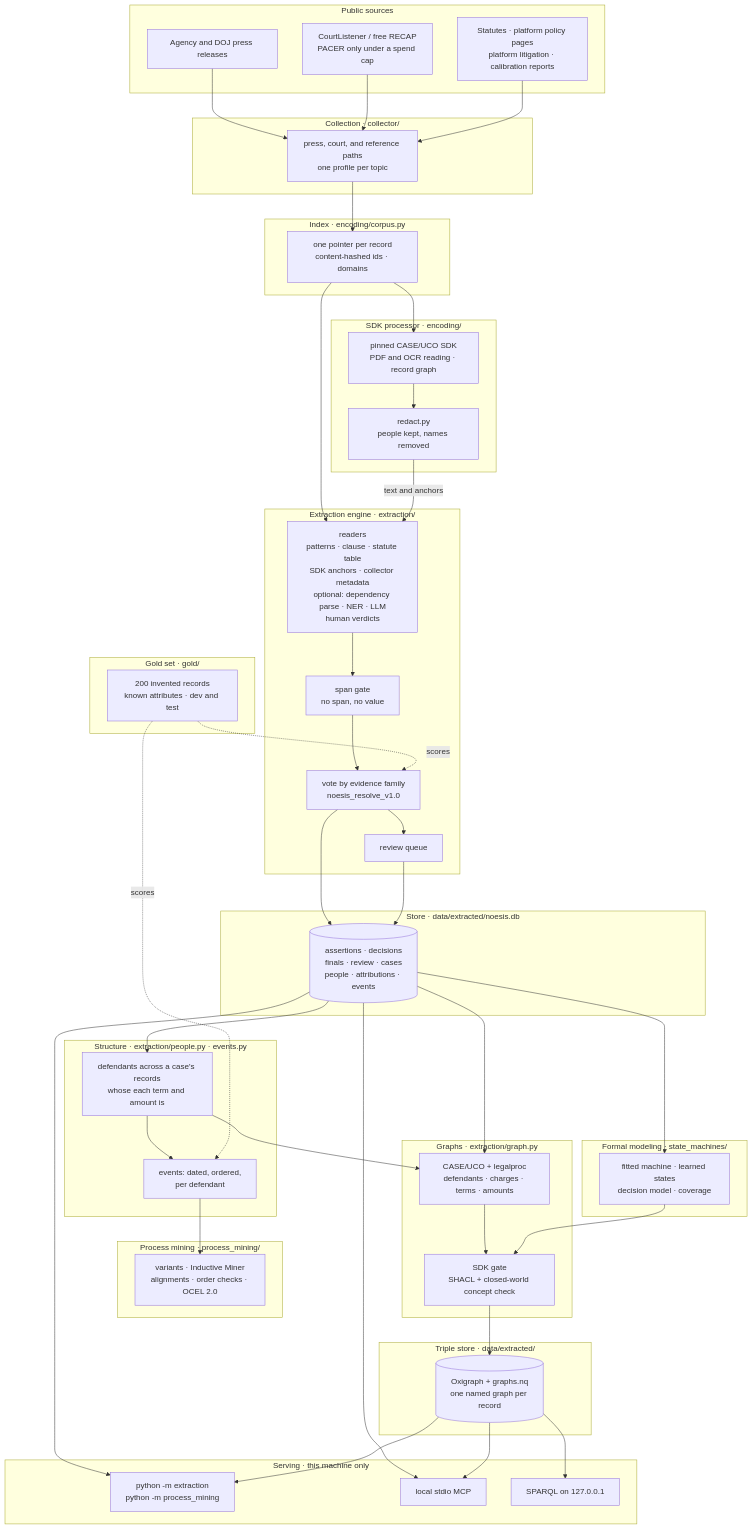
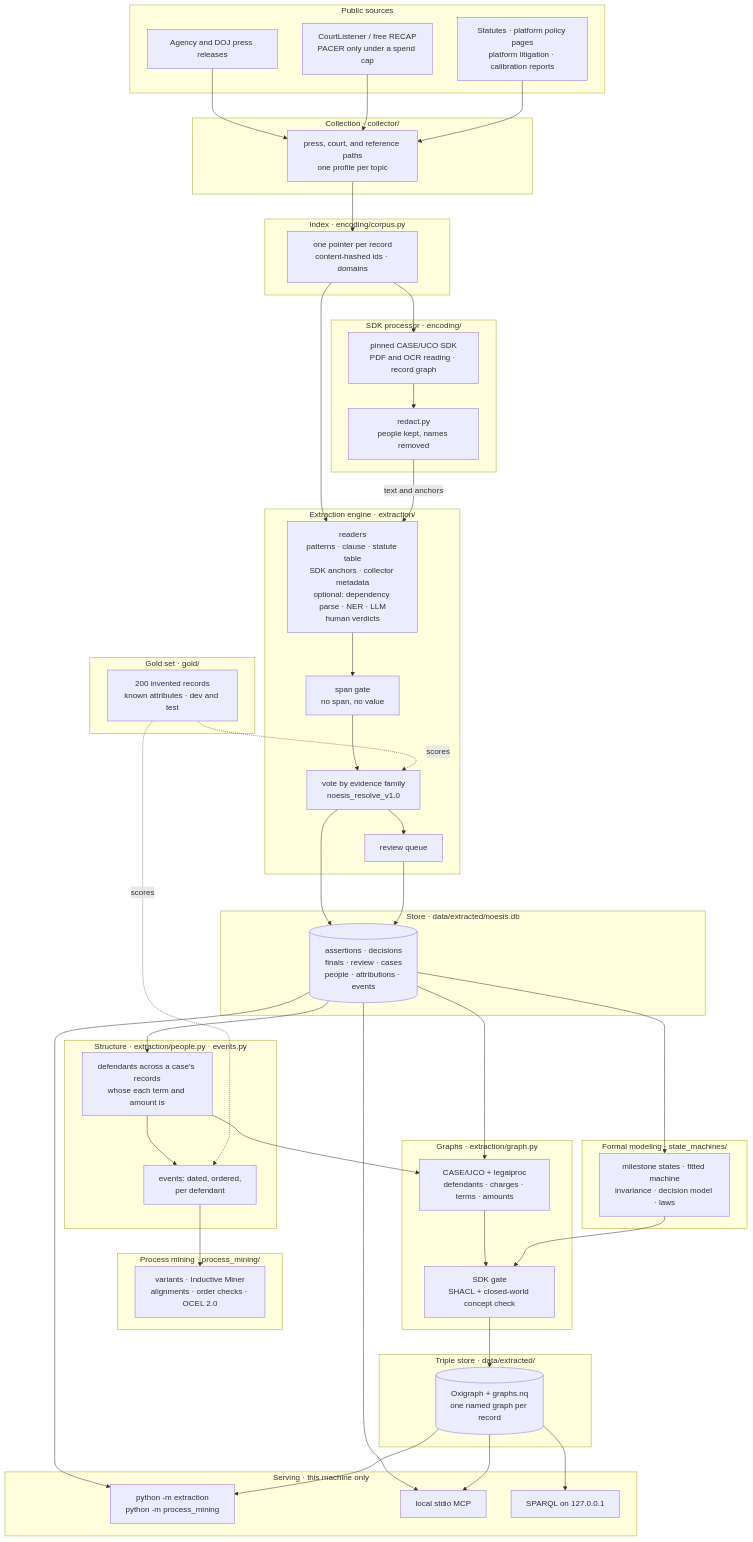
Before and after one commit to mrinaalr/CaseNoesis: the first of 2 diagrams in Architecture design.md, drawn with Mermaid. The commit also changed other lines of this file and 16 other files, not shown here.

First line of the commit message:
state machine reworked: milestone states aligned to the CAC backbone, an invariance test that separates states from acts, laws, the exploitation predicate, cutoff sensitivity

```diff
--- a/Architecture design.md
+++ b/Architecture design.md
@@ -92,7 +92,7 @@
   end
 
   subgraph FM["Formal modeling · state_machines/"]
-    ESM["fitted machine · learned states<br/>decision model · coverage"]
+    ESM["milestone states · fitted machine<br/>invariance · decision model · laws"]
   end
 
   subgraph TS["Triple store · data/extracted/"]
```
